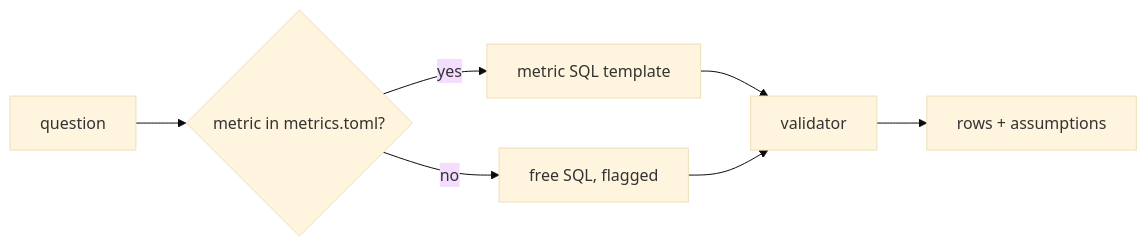
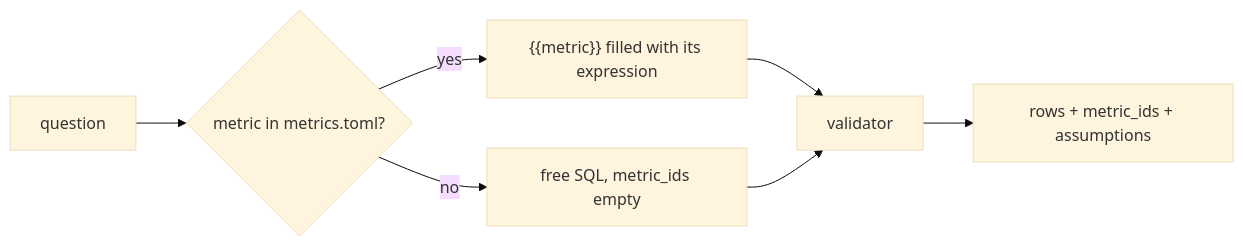
One commit to learnwithparam/agentic-commerce-data changed the diagram in parts/03-define-the-metrics/README.md. Above: the diagram before and after it, drawn with Mermaid (base theme). The commit also changed other lines of this file and 34 other files, not shown here.

````diff
--- a/parts/03-define-the-metrics/README.md
+++ b/parts/03-define-the-metrics/README.md
@@ -23,9 +24,9 @@
 ```mermaid
 flowchart LR
   Q[question] --> M{metric in metrics.toml?}
-  M -- yes --> T[metric SQL template]
-  M -- no --> F[free SQL, flagged]
+  M -- yes --> T["{{metric}} filled with its expression"]
+  M -- no --> F[free SQL, metric_ids empty]
   T --> V[validator]
   F --> V
-  V --> R[rows + assumptions]
+  V --> R[rows + metric_ids + assumptions]
 ```
````
